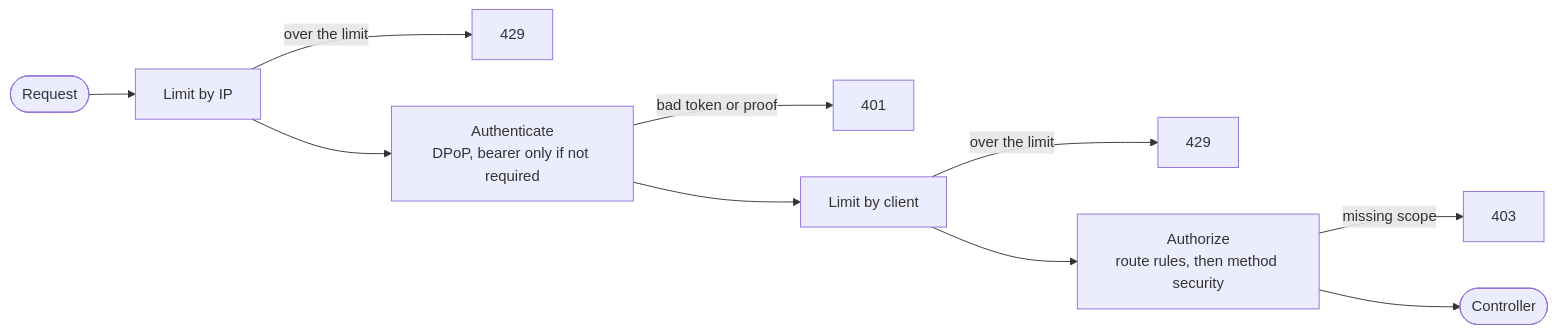
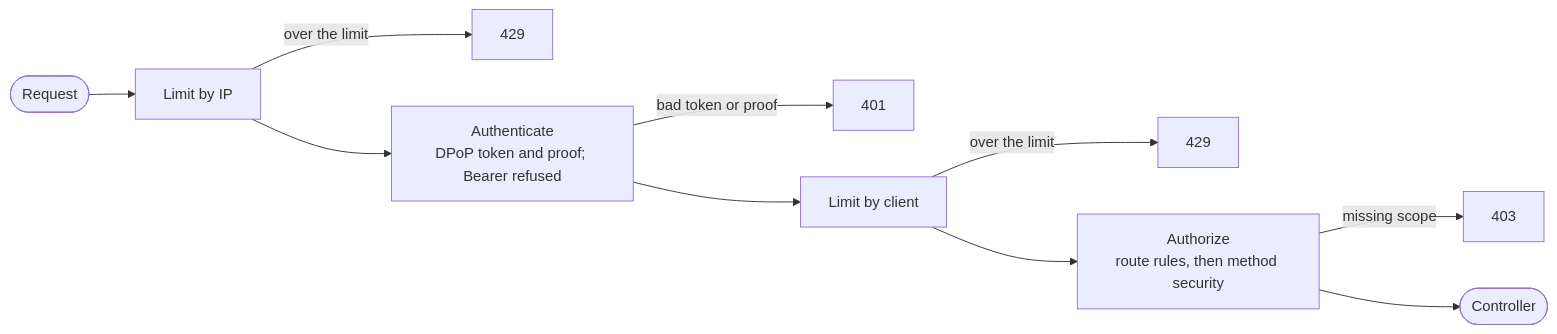
The first of 2 diagrams in docs/SECURITY.md (christ008/shortener), drawn with Mermaid before and after one commit. The commit also changed 1 other file, not shown here.

Commit message:
Say in the filter chain that Bearer tokens are refused
The diagram of SECURITY and the first step of the create flow in INTERNALS said
Bearer was accepted when DPoP is not required. The switch exists only outside
production (ADR 0035), and the paragraph on DPoP in SECURITY still says so.

````diff
--- a/docs/SECURITY.md
+++ b/docs/SECURITY.md
@@ -23,12 +23,12 @@
 ```mermaid
 flowchart LR
     request(["Request"]) --> ip["Limit by IP"]
     ip -->|over the limit| tooMany1["429"]
-    ip --> authenticate["Authenticate<br/>DPoP, bearer only if not required"]
+    ip --> authenticate["Authenticate<br/>DPoP token and proof; Bearer refused"]
     authenticate -->|"bad token or proof"| unauthorized["401"]
     authenticate --> client["Limit by client"]
     client -->|over the limit| tooMany2["429"]
     client --> authorize["Authorize<br/>route rules, then method security"]
     authorize -->|"missing scope"| forbidden["403"]
     authorize --> controller(["Controller"])
 ```
````
